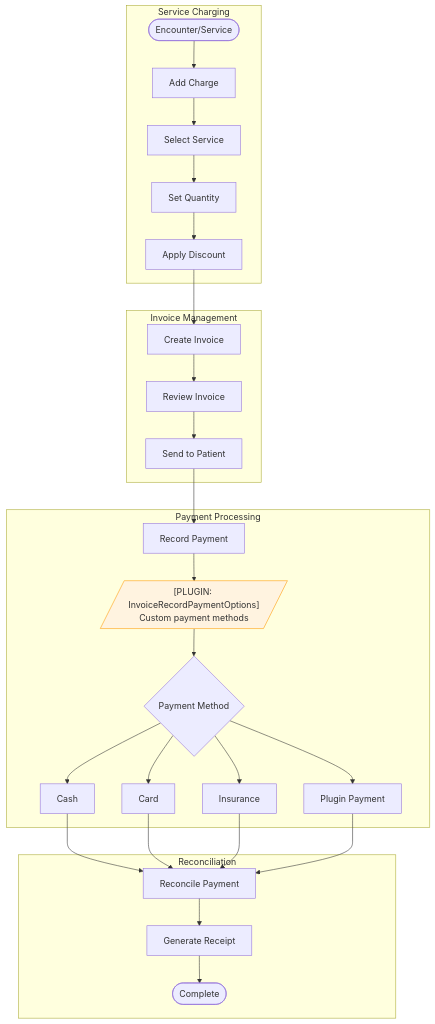
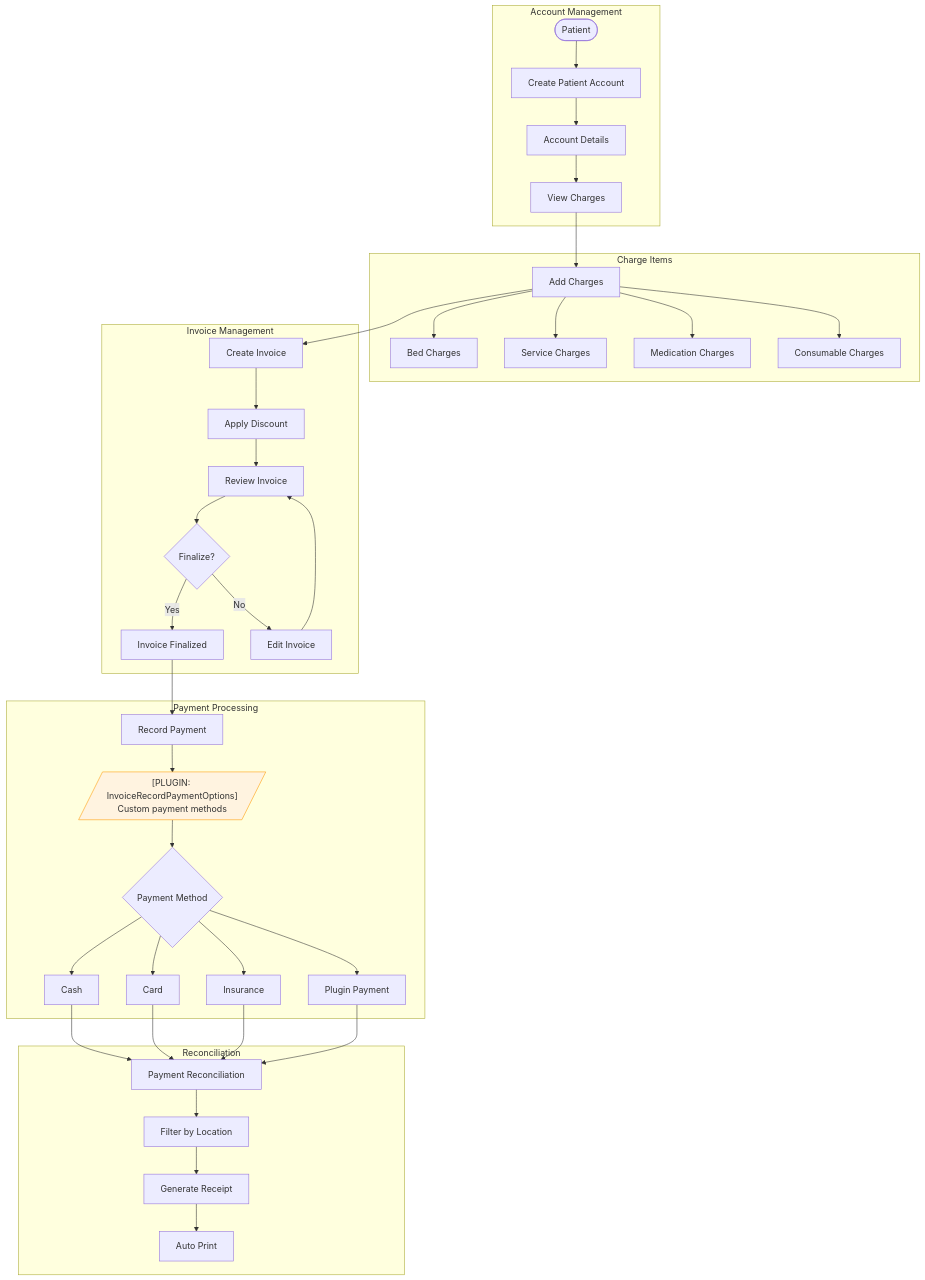
Diagram 14 of 23 in flowdiagram.md (jagankumar-egov/care_fe), drawn with Mermaid before and after one commit. The commit also changed other lines of this file and 2 other files, not shown here.

Commit message:
updated flow

````diff
--- a/flowdiagram.md
+++ b/flowdiagram.md
@@ -293,36 +538,48 @@
 ```mermaid
 flowchart TD
-    subgraph ServiceCharging["Service Charging"]
-        Start([Encounter/Service]) --> AddCharge[Add Charge]
-        AddCharge --> SelectService[Select Service]
-        SelectService --> SetQuantity[Set Quantity]
-        SetQuantity --> ApplyDiscount[Apply Discount]
+    subgraph AccountManagement["Account Management"]
+        Start([Patient]) --> CreateAccount[Create Patient Account]
+        CreateAccount --> AccountDetails[Account Details]
+        AccountDetails --> ViewCharges[View Charges]
+    end
+
+    subgraph ChargeItems["Charge Items"]
+        ViewCharges --> AddCharges[Add Charges]
+        AddCharges --> BedCharges[Bed Charges]
+        AddCharges --> ServiceCharges[Service Charges]
+        AddCharges --> MedCharges[Medication Charges]
+        AddCharges --> ConsumableCharges[Consumable Charges]
     end
 
     subgraph InvoiceManagement["Invoice Management"]
-        ApplyDiscount --> CreateInvoice[Create Invoice]
-        CreateInvoice --> ReviewInvoice[Review Invoice]
-        ReviewInvoice --> SendInvoice[Send to Patient]
+        AddCharges --> CreateInvoice[Create Invoice]
+        CreateInvoice --> ApplyDiscount[Apply Discount]
+        ApplyDiscount --> ReviewInvoice[Review Invoice]
+        ReviewInvoice --> FinalizeInvoice{Finalize?}
+        FinalizeInvoice -->|Yes| InvoiceFinalized[Invoice Finalized]
+        FinalizeInvoice -->|No| EditInvoice[Edit Invoice]
+        EditInvoice --> ReviewInvoice
     end
 
     subgraph PaymentProcessing["Payment Processing"]
-        SendInvoice --> RecordPayment[Record Payment]
+        InvoiceFinalized --> RecordPayment[Record Payment]
         RecordPayment --> PLUGIN_PAY[/"[PLUGIN: InvoiceRecordPaymentOptions]<br/>Custom payment methods"/]
         PLUGIN_PAY --> PayMethod{Payment Method}
         PayMethod --> Cash[Cash]
         PayMethod --> Card[Card]
         PayMethod --> Insurance[Insurance]
         PayMethod --> CustomPay[Plugin Payment]
     end
 
     subgraph Reconciliation["Reconciliation"]
-        Cash --> Reconcile[Reconcile Payment]
+        Cash --> Reconcile[Payment Reconciliation]
         Card --> Reconcile
         Insurance --> Reconcile
         CustomPay --> Reconcile
-        Reconcile --> GenerateReceipt[Generate Receipt]
-        GenerateReceipt --> End([Complete])
+        Reconcile --> LocationFilter[Filter by Location]
+        LocationFilter --> GenerateReceipt[Generate Receipt]
+        GenerateReceipt --> AutoPrint[Auto Print]
     end
 
     style PLUGIN_PAY fill:#fff3e0,stroke:#ff9800
 ```
````
